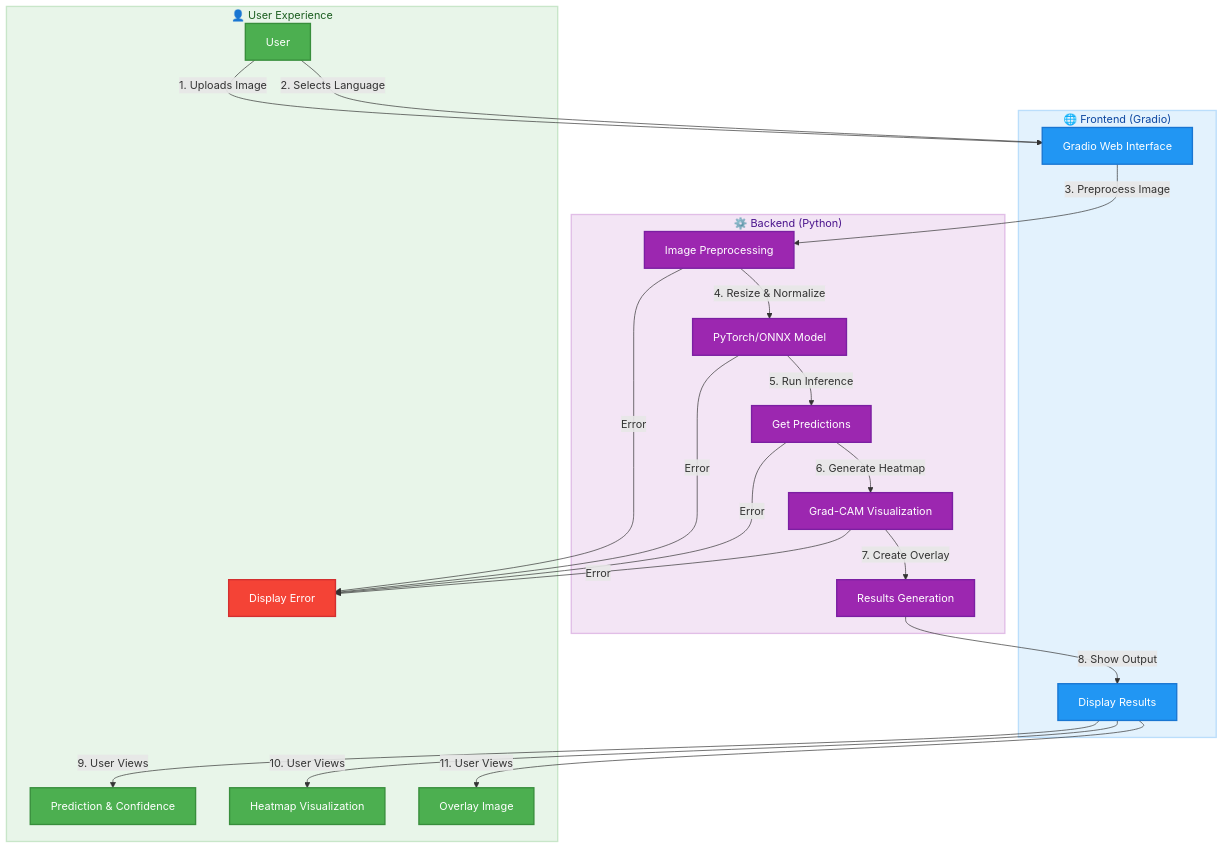
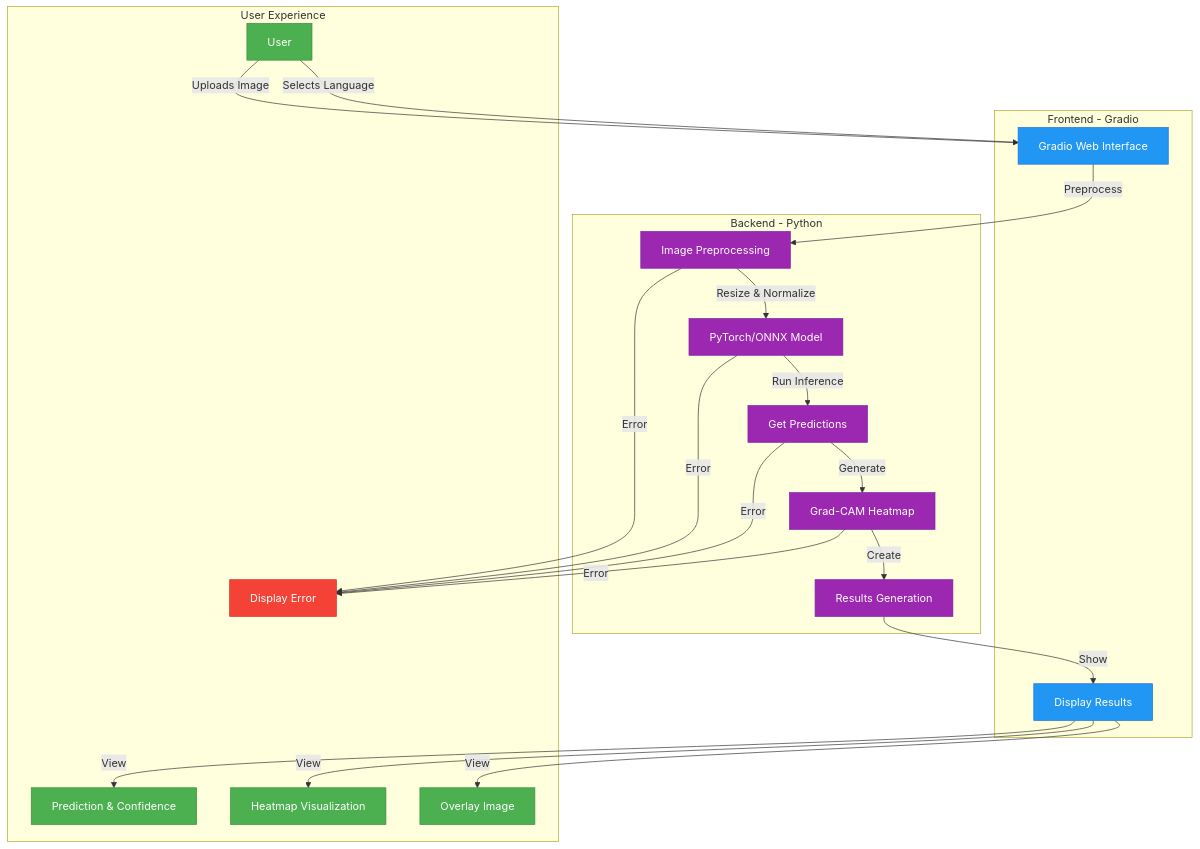
The first of 4 diagrams in docs/ARCHITECTURE.md (VIKAS9793/KrishiRakshak-2.0), drawn with Mermaid before and after one commit. The commit also changed other lines of this file, not shown here.

Commit message:
fix: update Mermaid diagrams for GitHub compatibility
- Simplify diagram syntax for better GitHub rendering
- Remove unsupported styling
- Improve diagram readability
- Ensure all diagrams use compatible Mermaid features

````diff
--- a/docs/ARCHITECTURE.md
+++ b/docs/ARCHITECTURE.md
@@ -96,67 +96,54 @@
 ```mermaid
-flowchart TD
+graph TD
     %% User Interaction
-    A[User] -->|1. Uploads Image| B[Gradio Web Interface]
-    A -->|2. Selects Language| B
+    User[User] -->|Uploads Image| Gradio[Gradio Web Interface]
+    User -->|Selects Language| Gradio
     
-    %% Frontend Processing
-    B -->|3. Preprocess Image| C[Image Preprocessing]
-    C -->|4. Resize & Normalize| D[PyTorch/ONNX Model]
+    %% Processing Flow
+    Gradio -->|Preprocess| Preprocessing[Image Preprocessing]
+    Preprocessing -->|Resize & Normalize| Model[PyTorch/ONNX Model]
+    Model -->|Run Inference| Predictions[Get Predictions]
+    Predictions -->|Generate| GradCAM[Grad-CAM Heatmap]
+    GradCAM -->|Create| Results[Results Generation]
     
-    %% Backend Processing
-    D -->|5. Run Inference| E[Get Predictions]
-    E -->|6. Generate Heatmap| F[Grad-CAM Visualization]
-    F -->|7. Create Overlay| G[Results Generation]
+    Results -->|Show| Display[Display Results]
+    Display -->|View| Prediction[Prediction & Confidence]
+    Display -->|View| Heatmap[Heatmap Visualization]
+    Display -->|View| Overlay[Overlay Image]
     
-    %% Display Results
-    G -->|8. Show Output| H[Display Results]
-    H -->|9. User Views| I[Prediction & Confidence]
-    H -->|10. User Views| J[Heatmap Visualization]
-    H -->|11. User Views| K[Overlay Image]
+    Preprocessing -->|Error| Error[Display Error]
+    Model -->|Error| Error
+    Predictions -->|Error| Error
+    GradCAM -->|Error| Error
     
-    %% Error Handling
-    C -->|Error| L[Display Error]
-    D -->|Error| L
-    E -->|Error| L
-    F -->|Error| L
-    
-    %% Subgraphs for better organization
-    subgraph Frontend["🌐 Frontend (Gradio)"]
-        B
-        H
+    subgraph Frontend[Frontend - Gradio]
+        Gradio
+        Display
     end
     
-    subgraph Backend["⚙️ Backend (Python)"]
-        C
-        D
-        E
-        F
-        G
+    subgraph Backend[Backend - Python]
+        Preprocessing
+        Model
+        Predictions
+        GradCAM
+        Results
     end
     
-    subgraph User["👤 User Experience"]
-        A
-        I
-        J
-        K
-        L
+    subgraph UserExp[User Experience]
+        User
+        Prediction
+        Heatmap
+        Overlay
+        Error
     end
     
-    %% Styling
-    classDef user fill:#4CAF50,stroke:#388E3C,color:white,stroke-width:2px
-    classDef frontend fill:#2196F3,stroke:#1976D2,color:white,stroke-width:2px
-    classDef backend fill:#9C27B0,stroke:#7B1FA2,color:white,stroke-width:2px
-    classDef process fill:#FF9800,stroke:#F57C00,color:black,stroke-width:2px
-    classDef error fill:#F44336,stroke:#D32F2F,color:white,stroke-width:2px
+    classDef user fill:#4CAF50,stroke:#388E3C,color:white
+    classDef frontend fill:#2196F3,stroke:#1976D2,color:white
+    classDef backend fill:#9C27B0,stroke:#7B1FA2,color:white
+    classDef error fill:#F44336,stroke:#D32F2F,color:white
     
-    %% Apply styles
-    class A,I,J,K user
-    class B,H frontend
-    class C,D,E,F,G backend
-    class L error
-    
-    %% Add some visual separation
-    style Frontend fill:#e3f2fd,stroke:#bbdefb,stroke-width:2px,color:#0d47a1
-    style Backend fill:#f3e5f5,stroke:#e1bee7,stroke-width:2px,color:#4a148c
-    style User fill:#e8f5e9,stroke:#c8e6c9,stroke-width:2px,color:#1b5e20
+    class User,Prediction,Heatmap,Overlay user
+    class Gradio,Display frontend
+    class Preprocessing,Model,Predictions,GradCAM,Results backend
+    class Error error
 ```
````
